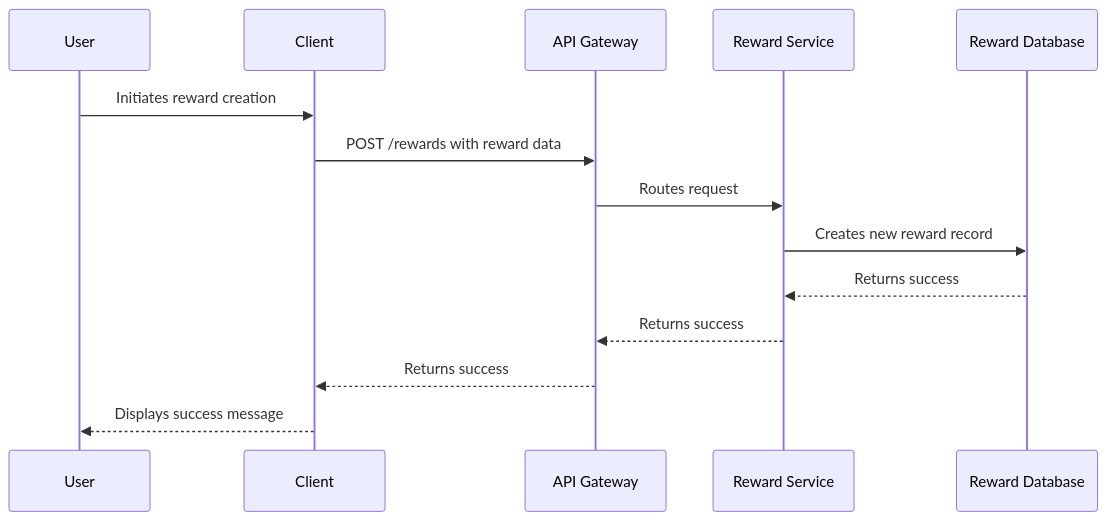
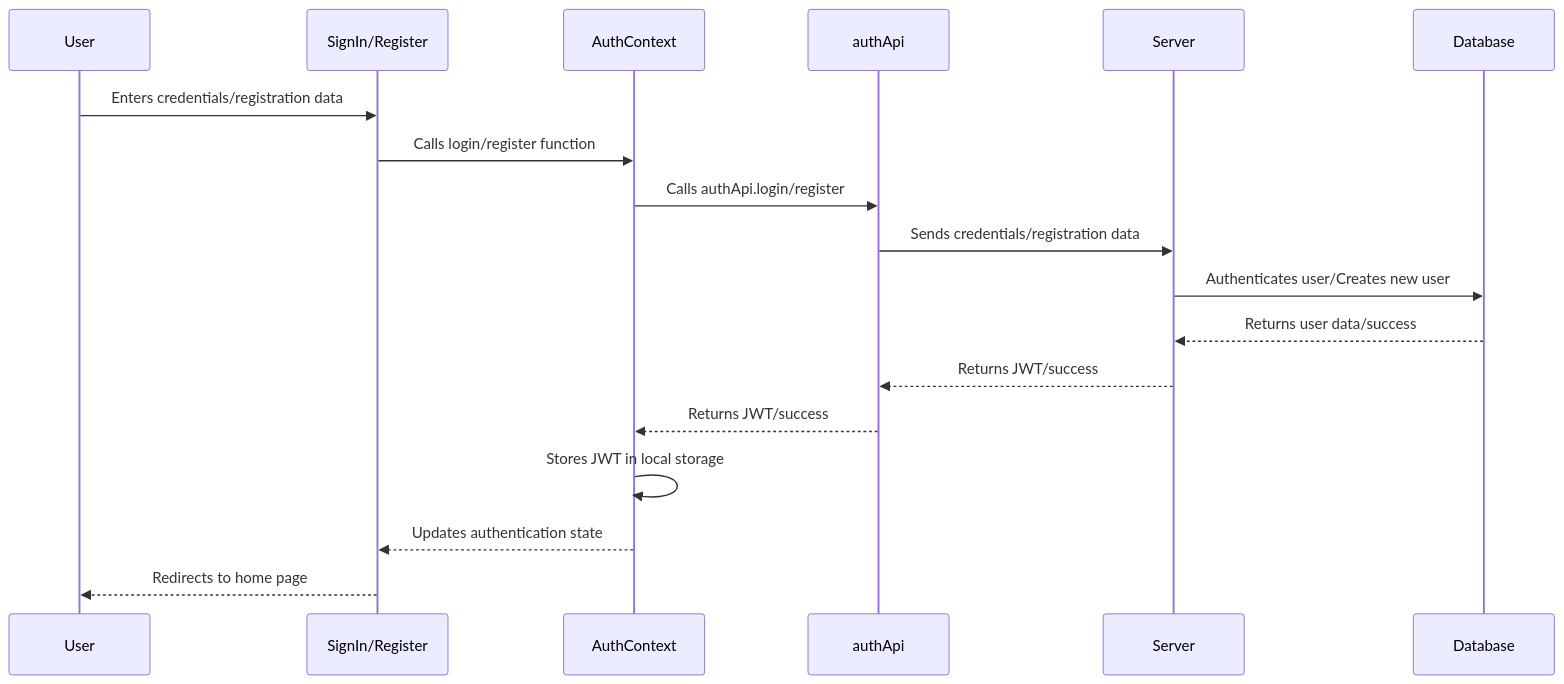
Before and after one commit to sreecharan-desu/reXa: the first of 12 diagrams in README.md, drawn with Mermaid. The commit also changed other lines of this file, not shown here.

````diff
--- a/README.md
+++ b/README.md
@@ -914,17 +67,21 @@
 ```mermaid
 sequenceDiagram
     participant User
-    participant Client
-    participant API Gateway
-    participant Reward Service
-    participant Reward Database
+    participant SignIn/Register
+    participant AuthContext
+    participant authApi
+    participant Server
+    participant Database
 
-    User->>Client: Initiates reward creation
-    Client->>API Gateway: POST /rewards with reward data
-    API Gateway->>Reward Service: Routes request
-    Reward Service->>Reward Database: Creates new reward record
-    Reward Database-->>Reward Service: Returns success
-    Reward Service-->>API Gateway: Returns success
-    API Gateway-->>Client: Returns success
-    Client-->>User: Displays success message
+    User->>SignIn/Register: Enters credentials/registration data
+    SignIn/Register->>AuthContext: Calls login/register function
+    AuthContext->>authApi: Calls authApi.login/register
+    authApi->>Server: Sends credentials/registration data
+    Server->>Database: Authenticates user/Creates new user
+    Database-->>Server: Returns user data/success
+    Server-->>authApi: Returns JWT/success
+    authApi-->>AuthContext: Returns JWT/success
+    AuthContext->>AuthContext: Stores JWT in local storage
+    AuthContext-->>SignIn/Register: Updates authentication state
+    SignIn/Register-->>User: Redirects to home page
 ```
````
